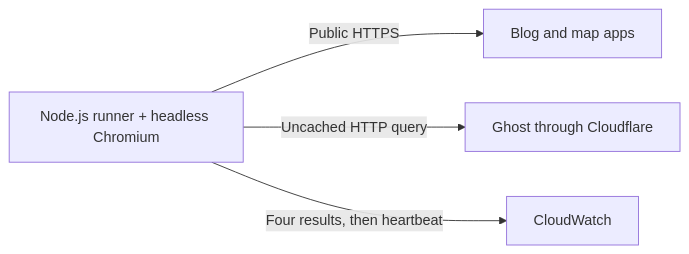
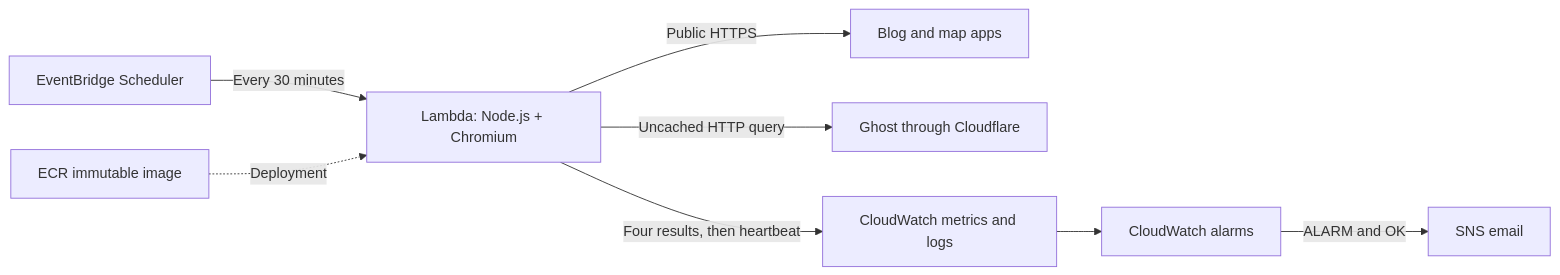
The diagram in monitoring/README.md (zoltanmaric/coppersushi), drawn with Mermaid before and after one commit. The commit also changed other lines of this file and 11 other files, not shown here.

````diff
--- a/monitoring/README.md
+++ b/monitoring/README.md
@@ -9,8 +9,12 @@
 ```mermaid
 flowchart LR
-    runner["Node.js runner + headless Chromium"] -->|Public HTTPS| sites["Blog and map apps"]
+    schedule["EventBridge Scheduler"] -->|Every 30 minutes| runner["Lambda: Node.js + Chromium"]
+    runner -->|Public HTTPS| sites["Blog and map apps"]
     runner -->|Uncached HTTP query| ghost["Ghost through Cloudflare"]
-    runner -->|Four results, then heartbeat| metrics["CloudWatch"]
+    runner -->|Four results, then heartbeat| metrics["CloudWatch metrics and logs"]
+    metrics --> alarms["CloudWatch alarms"]
+    alarms -->|ALARM and OK| email["SNS email"]
+    image["ECR immutable image"] -.->|Deployment| runner
     click sites "https://github.com/zoltanmaric/coppersushi/blob/main/coppersushi/frontend/README.md"
     click ghost "https://github.com/zoltanmaric/coppersushi/blob/main/121gigawatts/hosting/README.md"
 ```
````
